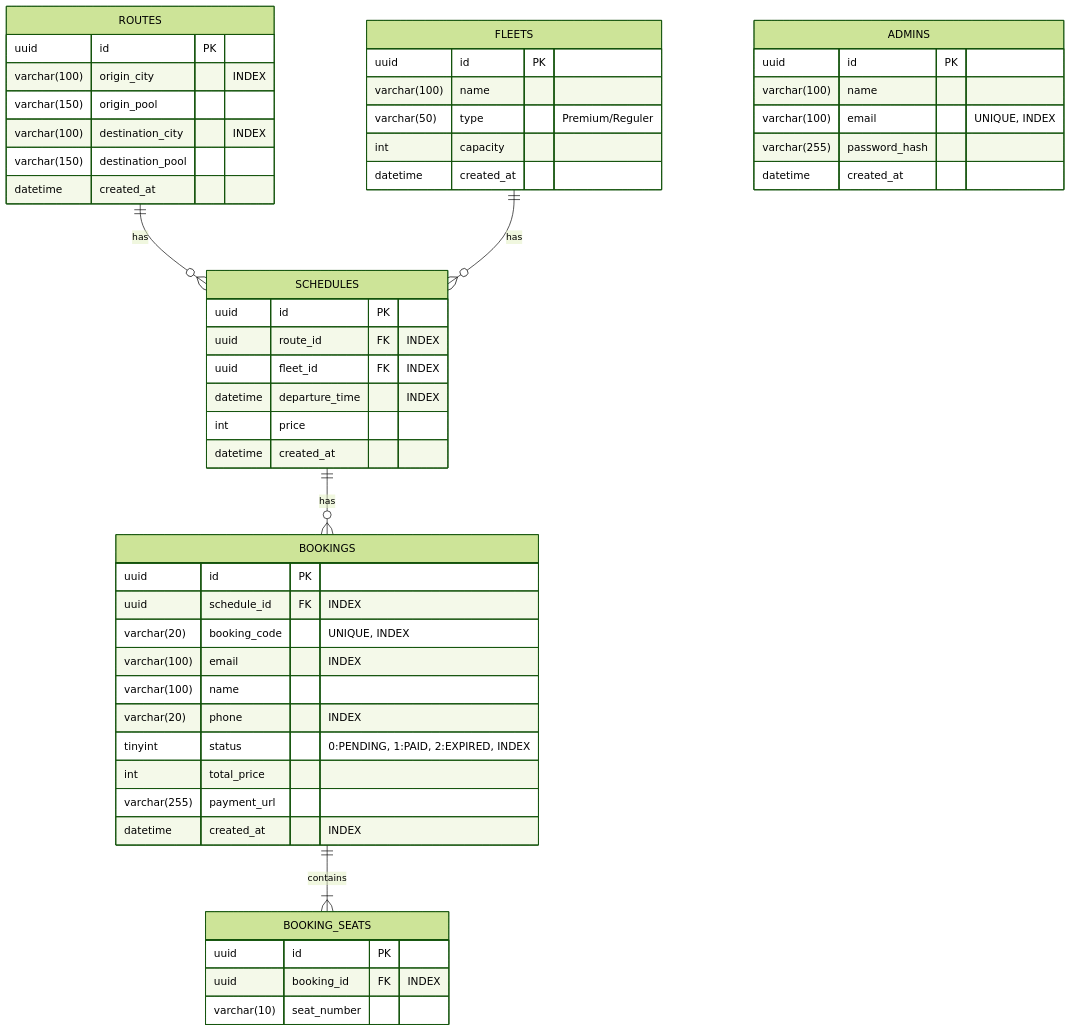
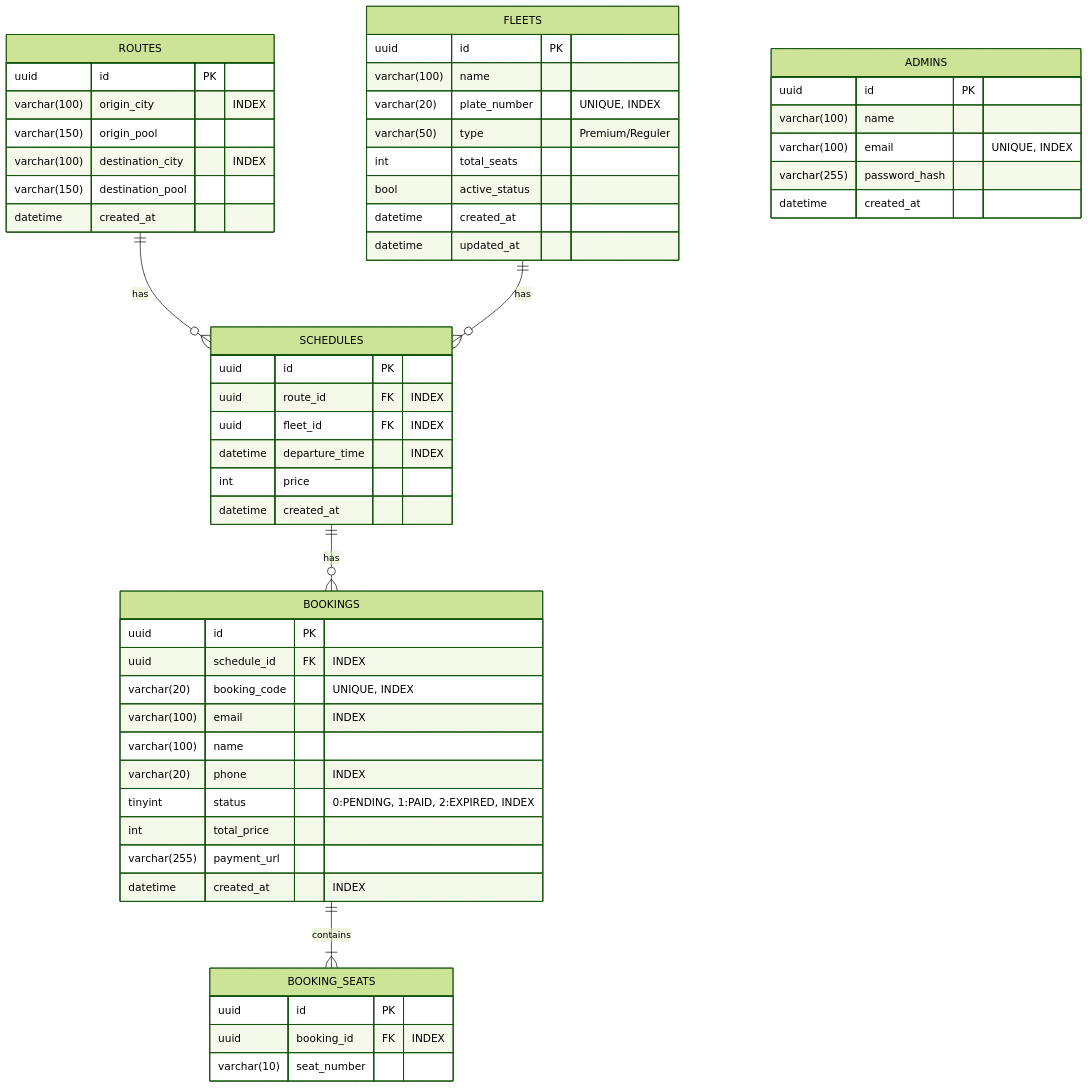
Before and after one commit to marifyahya/mesenshuttle: the second of 3 diagrams in .plans/backend_plan.md, drawn with Mermaid (forest theme). The commit also changed other lines of this file and 12 other files, not shown here.

````diff
--- a/.plans/backend_plan.md
+++ b/.plans/backend_plan.md
@@ -29,55 +29,58 @@
 ```mermaid
 erDiagram
     ROUTES ||--o{ SCHEDULES : "has"
     FLEETS ||--o{ SCHEDULES : "has"
     SCHEDULES ||--o{ BOOKINGS : "has"
     BOOKINGS ||--|{ BOOKING_SEATS : "contains"
 
     ADMINS {
         uuid id PK
         varchar(100) name
         varchar(100) email "UNIQUE, INDEX"
         varchar(255) password_hash
         datetime created_at
     }
     ROUTES {
         uuid id PK
         varchar(100) origin_city "INDEX"
         varchar(150) origin_pool
         varchar(100) destination_city "INDEX"
         varchar(150) destination_pool
         datetime created_at
     }
     FLEETS {
         uuid id PK
         varchar(100) name
+        varchar(20) plate_number "UNIQUE, INDEX"
         varchar(50) type "Premium/Reguler"
-        int capacity
+        int total_seats
+        bool active_status
         datetime created_at
+        datetime updated_at
     }
     SCHEDULES {
         uuid id PK
         uuid route_id FK "INDEX"
         uuid fleet_id FK "INDEX"
         datetime departure_time "INDEX"
         int price
         datetime created_at
     }
     BOOKINGS {
         uuid id PK
         uuid schedule_id FK "INDEX"
         varchar(20) booking_code "UNIQUE, INDEX"
         varchar(100) email "INDEX"
         varchar(100) name
         varchar(20) phone "INDEX"
         tinyint status "0:PENDING, 1:PAID, 2:EXPIRED, INDEX"
         int total_price
         varchar(255) payment_url
         datetime created_at "INDEX"
     }
     BOOKING_SEATS {
         uuid id PK
         uuid booking_id FK "INDEX"
         varchar(10) seat_number
     }
 ```
````
